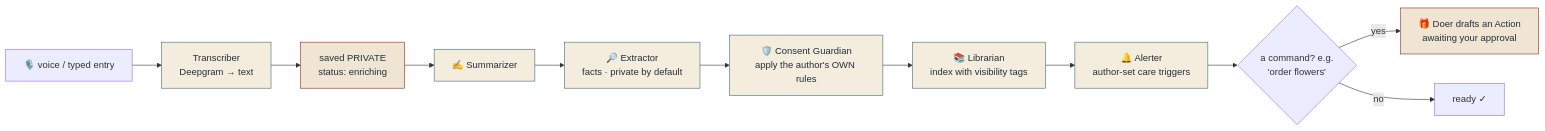
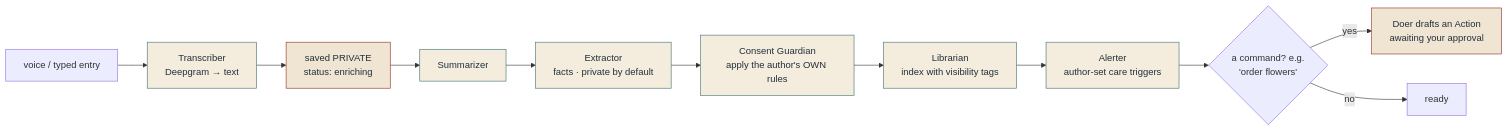
The third of 5 diagrams in README.md (viditkbhatnagar/Aangan_AI_Journal), drawn with Mermaid before and after one commit. The commit also changed other lines of this file and 31 other files, not shown here.

````diff
--- a/README.md
+++ b/README.md
@@ -161,18 +161,18 @@
 ```mermaid
 flowchart LR
-    V["🎙️ voice / typed entry"] --> T["Transcriber<br/>Deepgram → text"]
-    T --> SV["saved PRIVATE<br/>status: enriching"]
-    SV --> SUM["✍️ Summarizer"]
-    SUM --> EX["🔎 Extractor<br/>facts · private by default"]
-    EX --> CR["🛡️ Consent Guardian<br/>apply the author's OWN rules"]
-    CR --> IDX["📚 Librarian<br/>index with visibility tags"]
-    IDX --> AL["🔔 Alerter<br/>author-set care triggers"]
-    AL --> DO{"a command? e.g.<br/>'order flowers'"}
-    DO -->|yes| DR["🎁 Doer drafts an Action<br/>awaiting your approval"]
-    DO -->|no| DONE["ready ✓"]
+ V["voice / typed entry"] --> T["Transcriber<br/>Deepgram → text"]
+ T --> SV["saved PRIVATE<br/>status: enriching"]
+ SV --> SUM["Summarizer"]
+ SUM --> EX["Extractor<br/>facts · private by default"]
+ EX --> CR["Consent Guardian<br/>apply the author's OWN rules"]
+ CR --> IDX["Librarian<br/>index with visibility tags"]
+ IDX --> AL["Alerter<br/>author-set care triggers"]
+ AL --> DO{"a command? e.g.<br/>'order flowers'"}
+ DO -->|yes| DR["Doer drafts an Action<br/>awaiting your approval"]
+ DO -->|no| DONE["ready "]
 
-    classDef step fill:#F4ECDD,stroke:#3E6E70,color:#22303a;
-    classDef save fill:#EFE5D2,stroke:#8E2C22,color:#22303a;
-    class T,SUM,EX,CR,IDX,AL step;
-    class SV,DR save;
+ classDef step fill:#F4ECDD,stroke:#3E6E70,color:#22303a;
+ classDef save fill:#EFE5D2,stroke:#8E2C22,color:#22303a;
+ class T,SUM,EX,CR,IDX,AL step;
+ class SV,DR save;
 ```
````
